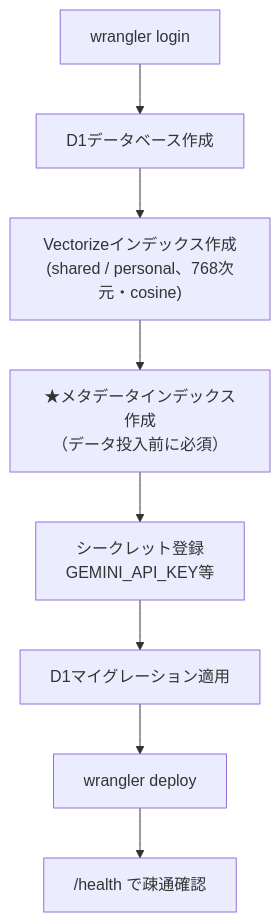
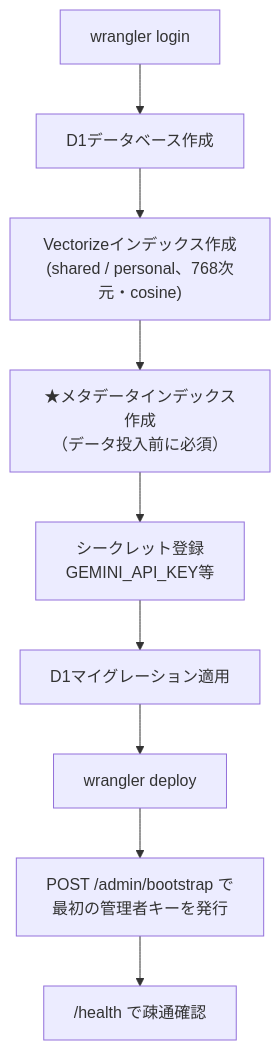
Before and after one commit to manato1201/DevelopmentRAGEnvironment: the first of 5 diagrams in docs/cloudflare-rag-operations-manual.md, drawn with Mermaid. The commit also changed other lines of this file and 9 other files, not shown here.

````diff
--- a/docs/cloudflare-rag-operations-manual.md
+++ b/docs/cloudflare-rag-operations-manual.md
@@ -24,10 +24,11 @@
 ```mermaid
 flowchart TD
     A["wrangler login"] --> B["D1データベース作成"]
     B --> C["Vectorizeインデックス作成<br/>(shared / personal、768次元・cosine)"]
     C --> D["★メタデータインデックス作成<br/>（データ投入前に必須）"]
     D --> E["シークレット登録<br/>GEMINI_API_KEY等"]
     E --> F["D1マイグレーション適用"]
     F --> G["wrangler deploy"]
-    G --> H["/health で疎通確認"]
+    G --> H["POST /admin/bootstrap で<br/>最初の管理者キーを発行"]
+    H --> I["/health で疎通確認"]
 ```
````
